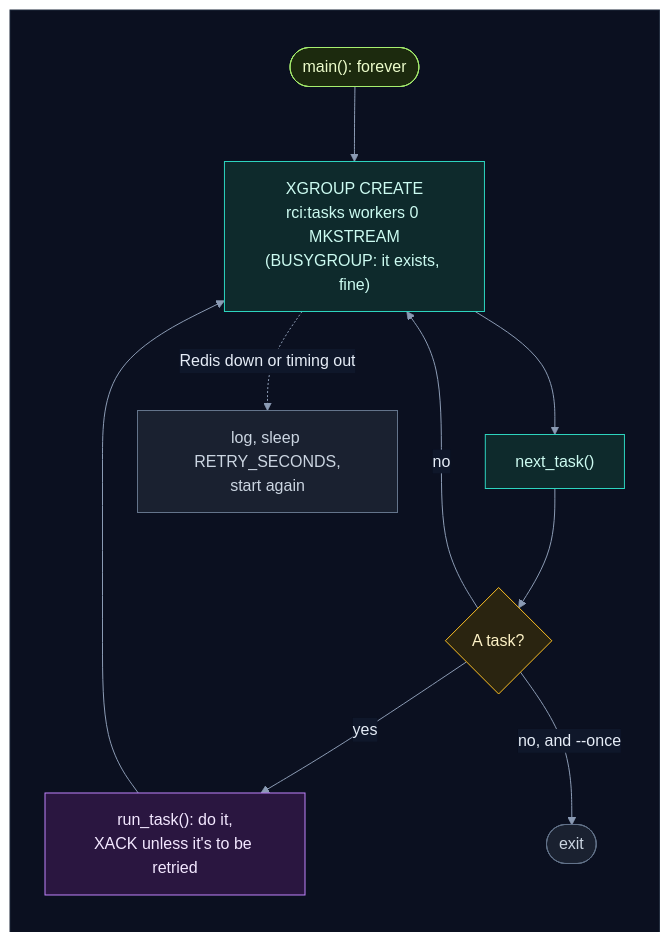
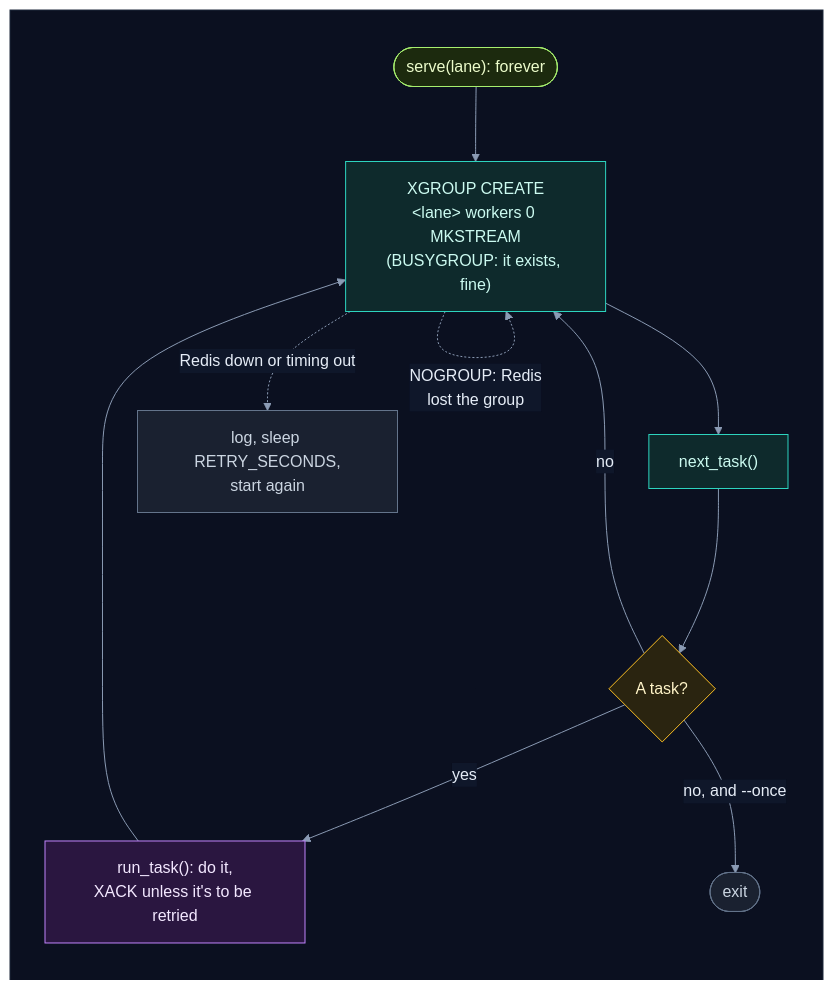
Before and after one commit to selvakumarperumal/Regulatory_Circular_Impact_Agent: diagram 30 of 45 in backend/worker/INTERNALS.md, drawn with Mermaid. The commit also changed other lines of this file and 7 other files, not shown here.

Commit message:
Document the PDF lane and the main lane

````diff
--- a/backend/worker/INTERNALS.md
+++ b/backend/worker/INTERNALS.md
@@ -1654,31 +1700,32 @@
 ```mermaid
 %%{init: {"theme": "base", "flowchart": {"diagramPadding": 0}, "themeVariables": {"darkMode": true, "primaryColor": "#16213a", "primaryTextColor": "#e6edf7", "primaryBorderColor": "#475a7a", "lineColor": "#8b9bb4", "secondaryColor": "#1b2436", "tertiaryColor": "#101a2e", "edgeLabelBackground": "#0f172a", "textColor": "#e2e8f0", "clusterBkg": "#0f1728", "clusterBorder": "#2b3a55", "titleColor": "#c4b5fd", "nodeTextColor": "#e6edf7"}}}%%
 flowchart TD
     subgraph canvas[" "]
         direction TB
-        start(["main(): forever"]) --> join["XGROUP CREATE<br/>rci:tasks workers 0 MKSTREAM<br/>(BUSYGROUP: it exists, fine)"]
+        start(["serve(lane): forever"]) --> join["XGROUP CREATE<br/>&lt;lane&gt; workers 0 MKSTREAM<br/>(BUSYGROUP: it exists, fine)"]
         join --> next["next_task()"]
         next --> got{"A task?"}
         got -->|"yes"| run["run_task(): do it,<br/>XACK unless it's to be retried"]
         got -->|"no, and --once"| stop(["exit"])
         got -->|"no"| join
         run --> join
         join -.->|"Redis down or timing out"| wait["log, sleep RETRY_SECONDS,<br/>start again"]
+        join -.->|"NOGROUP: Redis<br/>lost the group"| join
     end
     classDef svc fill:#0e2a2c,stroke:#2dd4bf,color:#ccfbf1
     classDef data fill:#1c1a47,stroke:#818cf8,color:#e0e7ff
     classDef ext fill:#2a1640,stroke:#c084fc,color:#f3e8ff
     classDef gpu fill:#2d1b0c,stroke:#fb923c,color:#ffedd5
     classDef ask fill:#2a2410,stroke:#fbbf24,color:#fef3c7
     classDef ok fill:#0b2a1c,stroke:#34d399,color:#d1fae5
     classDef bad fill:#2e0f17,stroke:#fb7185,color:#ffe4e6
     classDef start fill:#1c2a0e,stroke:#a7ef6f,color:#ecfccb
     classDef muted fill:#1a2130,stroke:#64748b,color:#cbd5e1
     classDef queue fill:#0c2231,stroke:#38bdf8,color:#e0f2fe
     class start start
     class join,next svc
     class got ask
     class run ext
     class stop,wait muted
     style canvas fill:#0b1020,stroke:#1e293b,color:#0b1020
 ```
````
